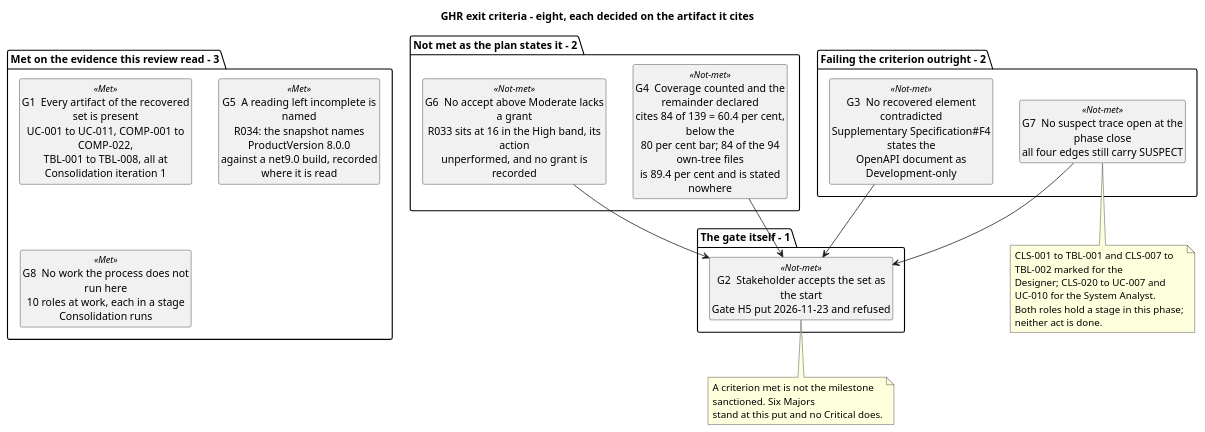
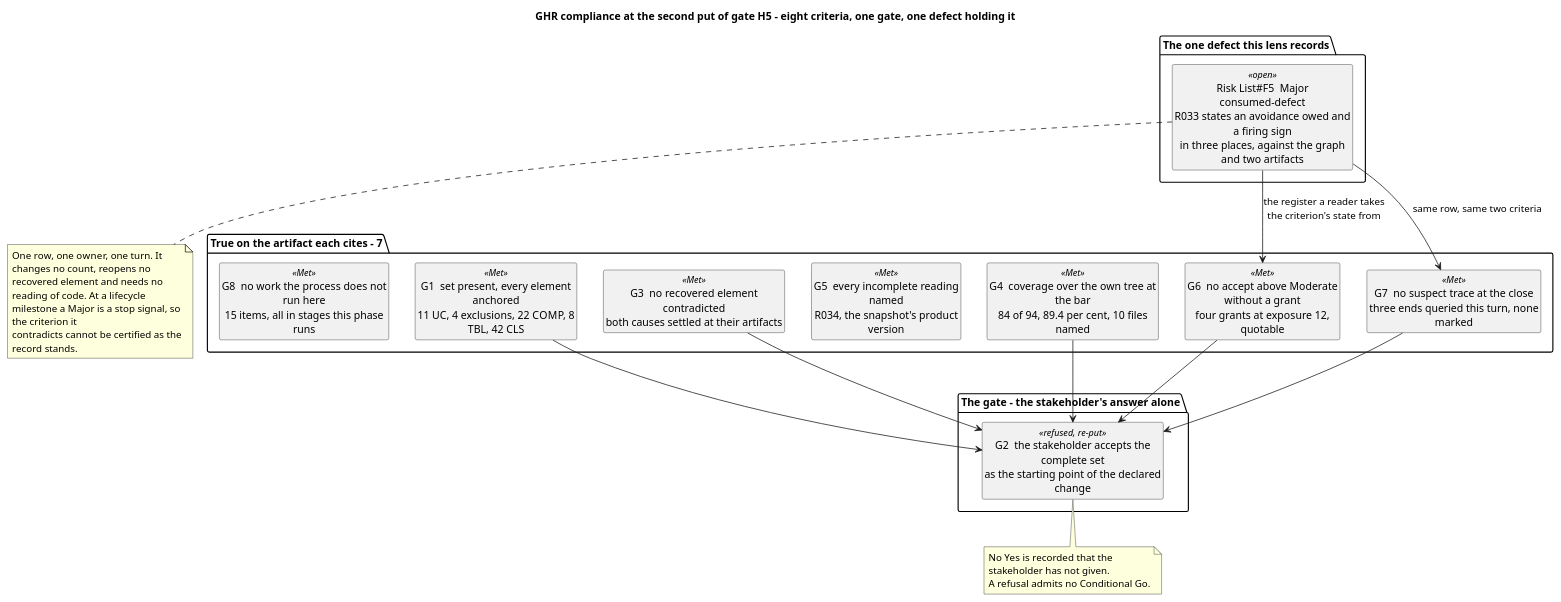
One commit to banense-test/TodoApp changed the third of 18 diagrams in docs/artifacts/project-management/review-record.md. Above: the diagram before and after it, drawn with PlantUML. The commit also changed other lines of this file, not shown here.

First line of the commit message:
Management Reviewer [Consolidation2]: upsert Review Record

````diff
--- a/docs/artifacts/project-management/review-record.md
+++ b/docs/artifacts/project-management/review-record.md
@@ -176,46 +207,47 @@
 ```plantuml
 @startuml
-title GHR exit criteria - eight, each decided on the artifact it cites
+title GHR compliance at the second put of gate H5 - eight criteria, one gate, one defect holding it
 skinparam shadowing false
 skinparam classAttributeIconSize 0
 skinparam wrapWidth 240
 hide circle
 hide empty members
 
-package "Met on the evidence this review read - 3" {
-  class "G1  Every artifact of the recovered set is present\nUC-001 to UC-011, COMP-001 to COMP-022,\nTBL-001 to TBL-008, all at Consolidation iteration 1" as G1 <<Met>>
-  class "G5  A reading left incomplete is named\nR034: the snapshot names ProductVersion 8.0.0\nagainst a net9.0 build, recorded where it is read" as G5 <<Met>>
-  class "G8  No work the process does not run here\n10 roles at work, each in a stage Consolidation runs" as G8 <<Met>>
+package "True on the artifact each cites - 7" {
+  class "G1  set present, every element anchored\n11 UC, 4 exclusions, 22 COMP, 8 TBL, 42 CLS" as G1 <<Met>>
+  class "G3  no recovered element contradicted\nboth causes settled at their artifacts" as G3 <<Met>>
+  class "G4  coverage over the own tree at the bar\n84 of 94, 89.4 per cent, 10 files named" as G4 <<Met>>
+  class "G5  every incomplete reading named\nR034, the snapshot's product version" as G5 <<Met>>
+  class "G6  no accept above Moderate without a grant\nfour grants at exposure 12, quotable" as G6 <<Met>>
+  class "G7  no suspect trace at the close\nthree ends queried this turn, none marked" as G7 <<Met>>
+  class "G8  no work the process does not run here\n15 items, all in stages this phase runs" as G8 <<Met>>
 }
 
-package "Not met as the plan states it - 2" {
-  class "G4  Coverage counted and the remainder declared\ncites 84 of 139 = 60.4 per cent, below the\n80 per cent bar; 84 of the 94 own-tree files\nis 89.4 per cent and is stated nowhere" as G4 <<Not-met>>
-  class "G6  No accept above Moderate lacks a grant\nR033 sits at 16 in the High band, its action\nunperformed, and no grant is recorded" as G6 <<Not-met>>
+package "The gate - the stakeholder's answer alone" {
+  class "G2  the stakeholder accepts the complete set\nas the starting point of the declared change" as G2 <<refused, re-put>>
 }
 
-package "Failing the criterion outright - 2" {
-  class "G3  No recovered element contradicted\nSupplementary Specification#F4 states the\nOpenAPI document as Development-only" as G3 <<Not-met>>
-  class "G7  No suspect trace open at the phase close\nall four edges still carry SUSPECT" as G7 <<Not-met>>
+package "The one defect this lens records" {
+  class "Risk List#F5  Major  consumed-defect\nR033 states an avoidance owed and a firing sign\nin three places, against the graph and two artifacts" as D1 <<open>>
 }
 
-package "The gate itself - 1" {
-  class "G2  Stakeholder accepts the set as the start\nGate H5 put 2026-11-23 and refused" as G2 <<Not-met>>
-}
-
+G1 --> G2
+G3 --> G2
 G4 --> G2
 G6 --> G2
-G3 --> G2
 G7 --> G2
+D1 --> G6 : the register a reader takes\nthe criterion's state from
+D1 --> G7 : same row, same two criteria
 
+note bottom of D1
+  One row, one owner, one turn. It changes no count, reopens no
+  recovered element and needs no reading of code. At a lifecycle
+  milestone a Major is a stop signal, so the criterion it
+  contradicts cannot be certified as the record stands.
+end note
 note bottom of G2
-  A criterion met is not the milestone sanctioned. Six Majors
-  stand at this put and no Critical does.
+  No Yes is recorded that the stakeholder has not given.
+  A refusal admits no Conditional Go.
 end note
-note bottom of G7
-  CLS-001 to TBL-001 and CLS-007 to TBL-002 marked for the
-  Designer; CLS-020 to UC-007 and UC-010 for the System Analyst.
-  Both roles hold a stage in this phase; neither act is done.
-end note
-
 @enduml
 ```
````
